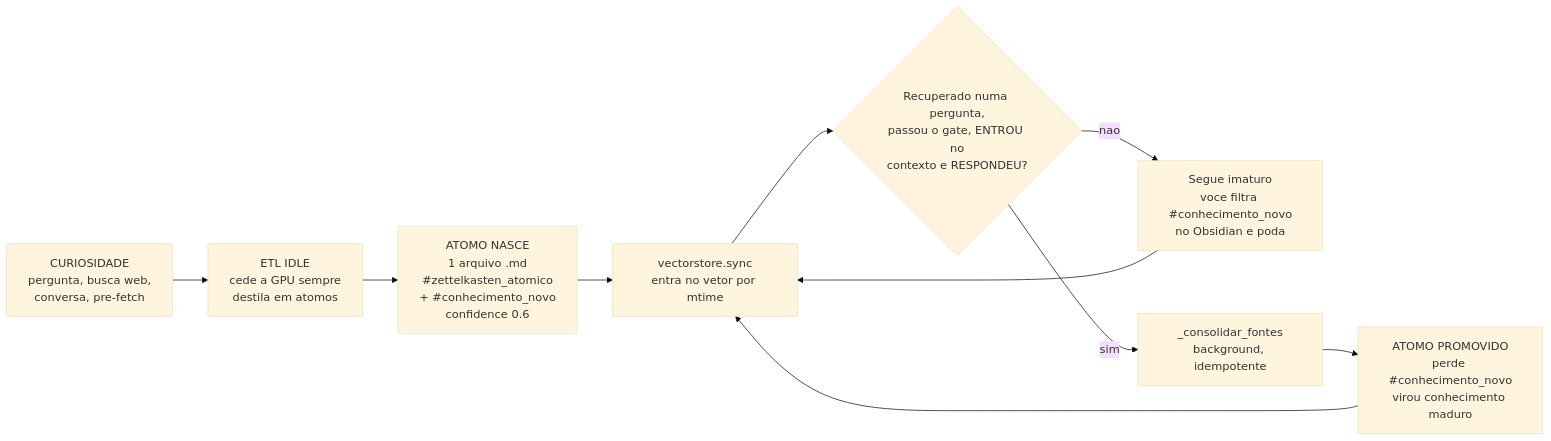
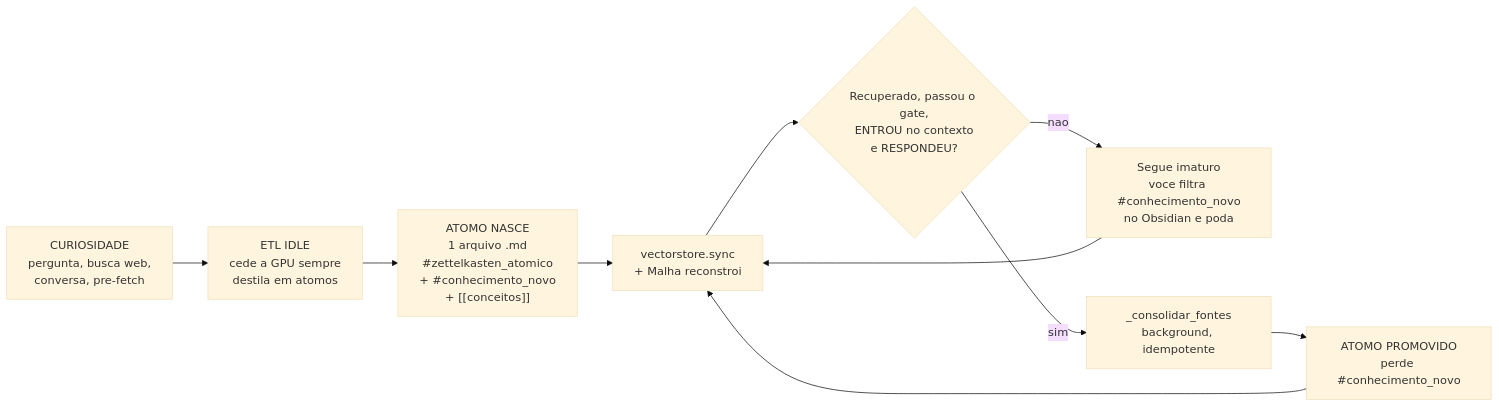
One commit to danielpvp22/mente_digital changed the seventh of 8 diagrams in README.md. Above: the diagram before and after it, drawn with Mermaid (base theme). The commit also changed other lines of this file, not shown here.

````diff
--- a/README.md
+++ b/README.md
@@ -339,12 +589,12 @@
 ```mermaid
 flowchart LR
     CUR["CURIOSIDADE<br/>pergunta, busca web,<br/>conversa, pre-fetch"] --> ETL["ETL IDLE<br/>cede a GPU sempre<br/>destila em atomos"]
-    ETL --> NASCE["ATOMO NASCE<br/>1 arquivo .md<br/>#zettelkasten_atomico<br/>+ #conhecimento_novo<br/>confidence 0.6"]
-    NASCE --> SYNC["vectorstore.sync<br/>entra no vetor por mtime"]
-    SYNC --> USO{"Recuperado numa pergunta,<br/>passou o gate, ENTROU no<br/>contexto e RESPONDEU?"}
+    ETL --> NASCE["ATOMO NASCE<br/>1 arquivo .md<br/>#zettelkasten_atomico<br/>+ #conhecimento_novo<br/>+ [[conceitos]]"]
+    NASCE --> SYNC["vectorstore.sync<br/>+ Malha reconstroi"]
+    SYNC --> USO{"Recuperado, passou o gate,<br/>ENTROU no contexto<br/>e RESPONDEU?"}
     USO -->|"nao"| IMAT["Segue imaturo<br/>voce filtra #conhecimento_novo<br/>no Obsidian e poda"]
     USO -->|"sim"| PROM["_consolidar_fontes<br/>background, idempotente"]
-    PROM --> MADURO["ATOMO PROMOVIDO<br/>perde #conhecimento_novo<br/>virou conhecimento maduro"]
+    PROM --> MADURO["ATOMO PROMOVIDO<br/>perde #conhecimento_novo"]
     IMAT --> SYNC
     MADURO --> SYNC
 ```
````
